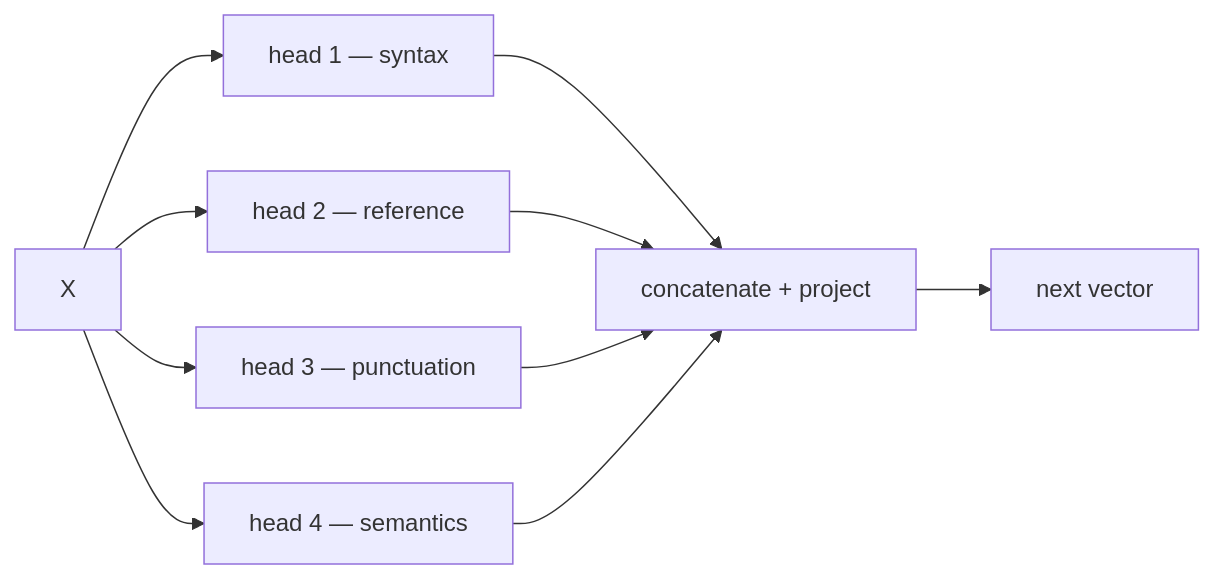
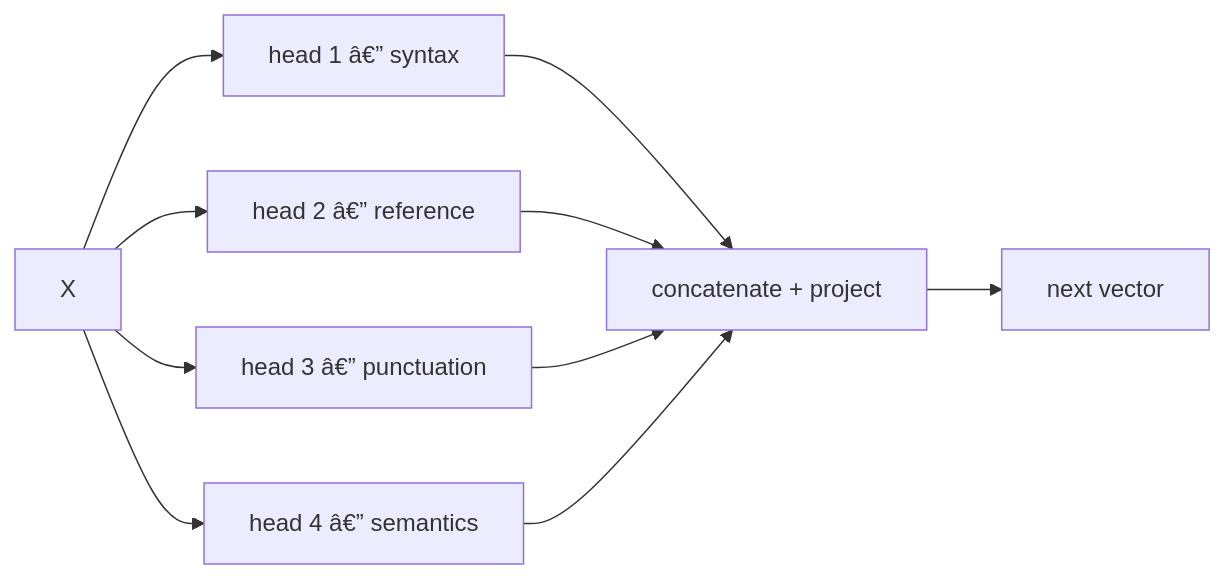
One commit to Mostakim2005/gpt-moe-3d-explainer changed the fourth of 11 diagrams in docs/algorithms.md. Above: the diagram before and after it, drawn with Mermaid. The commit also changed other lines of this file and 5 other files, not shown here.

````diff
--- a/docs/algorithms.md
+++ b/docs/algorithms.md
@@ -66,9 +68,9 @@
 ```mermaid
 flowchart LR
-    X --> H1[head 1 — syntax]
-    X --> H2[head 2 — reference]
-    X --> H3[head 3 — punctuation]
-    X --> H4[head 4 — semantics]
+    X --> H1[head 1 â€” syntax]
+    X --> H2[head 2 â€” reference]
+    X --> H3[head 3 â€” punctuation]
+    X --> H4[head 4 â€” semantics]
     H1 & H2 & H3 & H4 --> CAT[concatenate + project]
     CAT --> X2[next vector]
 ```
````
